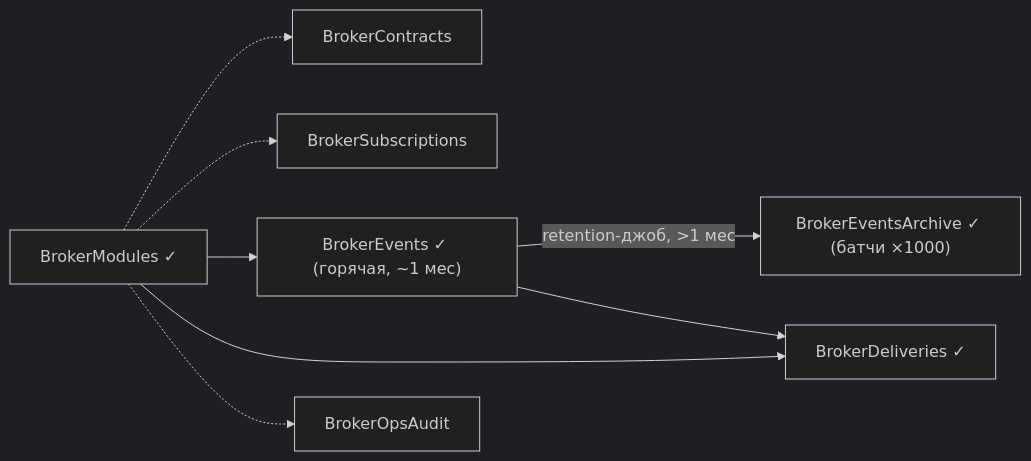
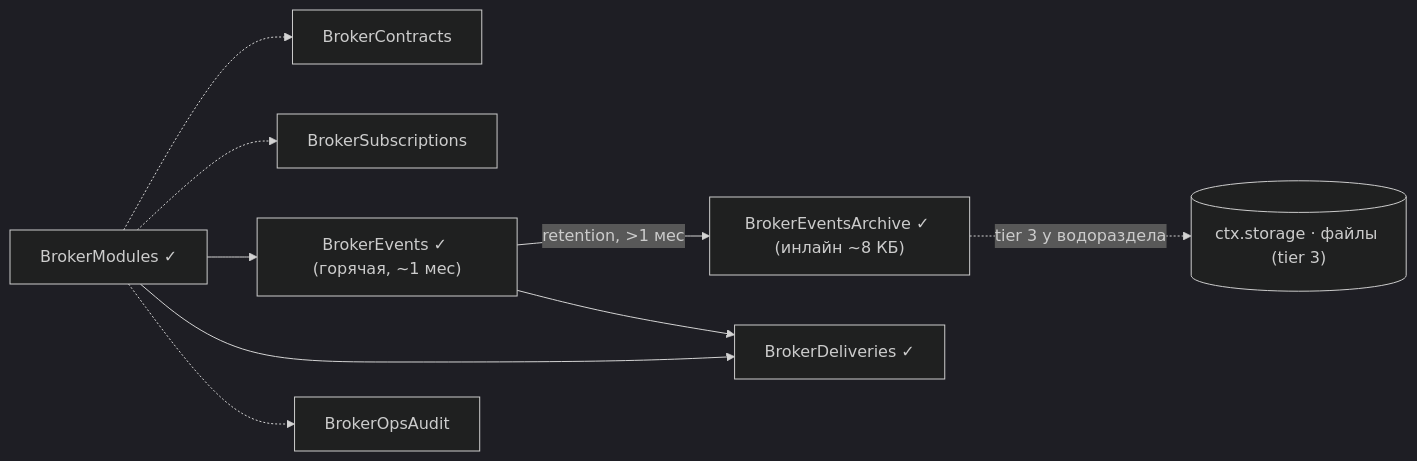
The third of 7 diagrams in s.chtm.khudoley.pro/p/units/aley/bpm/core/docs/spec/spec-map.md (andrey-khudoley/Chatium), drawn with Mermaid (dark theme) before and after one commit. The commit also changed other lines of this file and 6 other files, not shown here.

````diff
--- a/s.chtm.khudoley.pro/p/units/aley/bpm/core/docs/spec/spec-map.md
+++ b/s.chtm.khudoley.pro/p/units/aley/bpm/core/docs/spec/spec-map.md
@@ -104,17 +115,19 @@
 ```mermaid
 flowchart LR
   M["BrokerModules ✓"]
   Ev["BrokerEvents ✓ (горячая, ~1 мес)"]
-  Ar["BrokerEventsArchive ✓ (батчи ×1000)"]
+  Ar["BrokerEventsArchive ✓ (инлайн ~8 КБ)"]
+  Fs[("ctx.storage · файлы (tier 3)")]
   De["BrokerDeliveries ✓"]
   Co["BrokerContracts"]
   Su["BrokerSubscriptions"]
   Au["BrokerOpsAudit"]
   M -.-> Co
   M -.-> Su
   M --> Ev
-  Ev -->|"retention-джоб, >1 мес"| Ar
+  Ev -->|"retention, >1 мес"| Ar
+  Ar -.->|"tier 3 у водораздела"| Fs
   M --> De
   Ev --> De
   M -.-> Au
 ```
````
